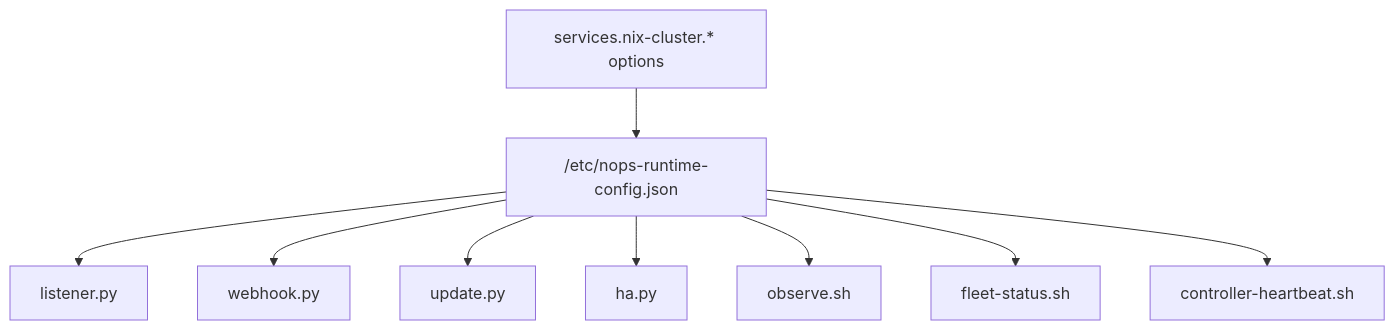
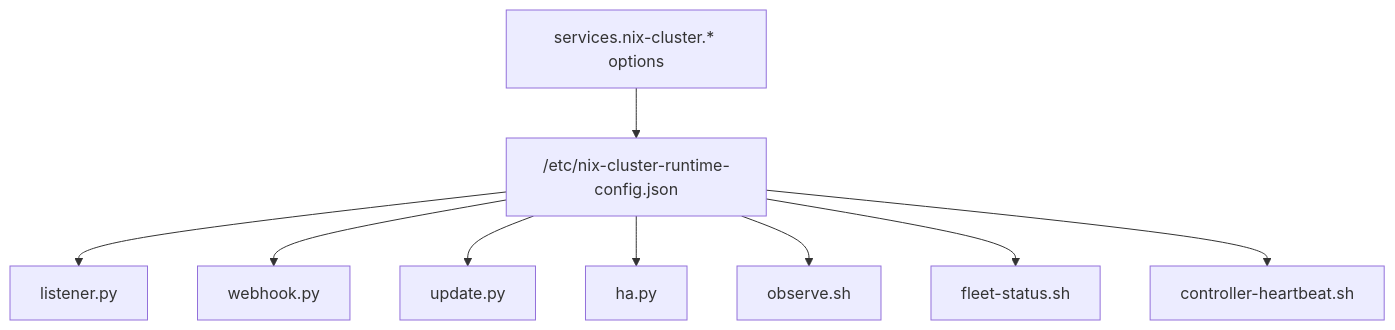
One commit to MossTeK/nix-cluster changed the diagram in docs/wiki/Configuration-Reference.md. Above: the diagram before and after it, drawn with Mermaid. The commit also changed other lines of this file and 32 other files, not shown here.

Commit message:
chore: update nix-cluster

````diff
--- a/docs/wiki/Configuration-Reference.md
+++ b/docs/wiki/Configuration-Reference.md
@@ -287,11 +287,11 @@
 ```mermaid
 flowchart TD
-    A["services.nix-cluster.* options"] --> B["/etc/nops-runtime-config.json"]
+    A["services.nix-cluster.* options"] --> B["/etc/nix-cluster-runtime-config.json"]
     B --> C["listener.py"]
     B --> D["webhook.py"]
     B --> E["update.py"]
     B --> F["ha.py"]
     B --> G["observe.sh"]
     B --> H["fleet-status.sh"]
     B --> I["controller-heartbeat.sh"]
 ```
````
